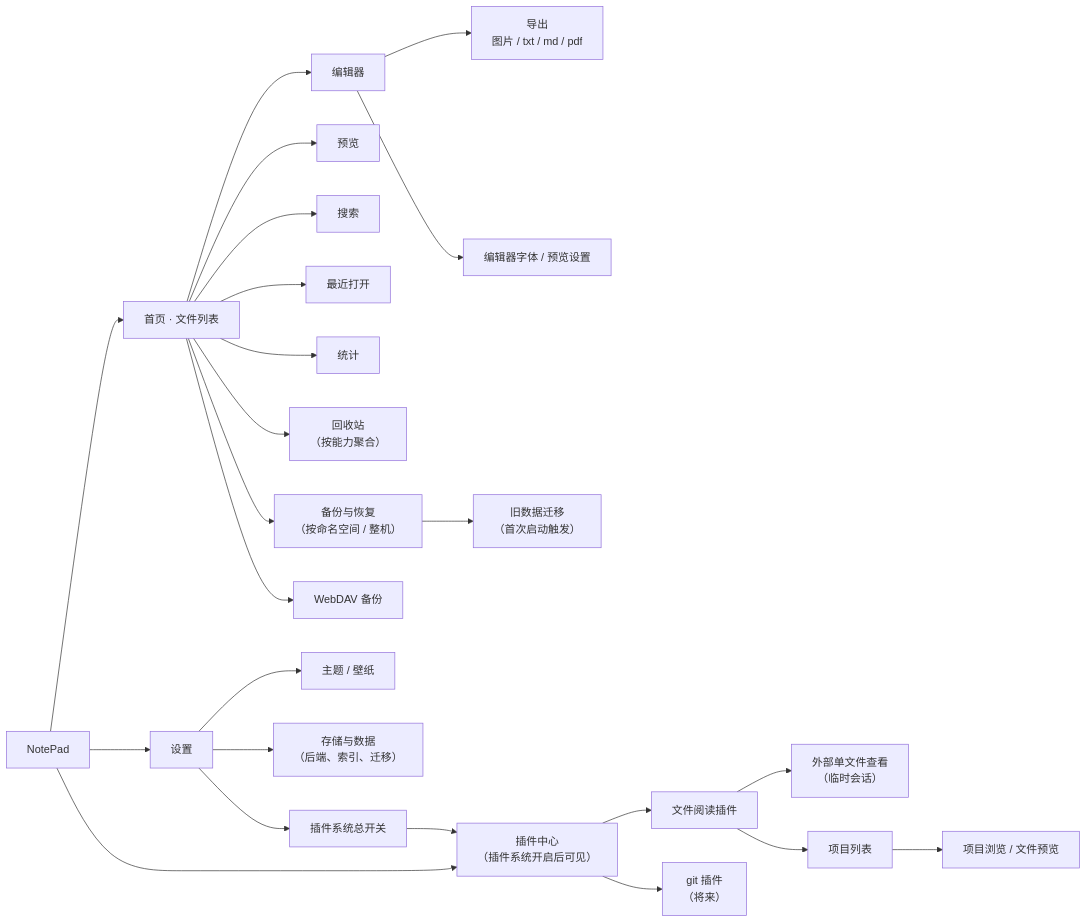
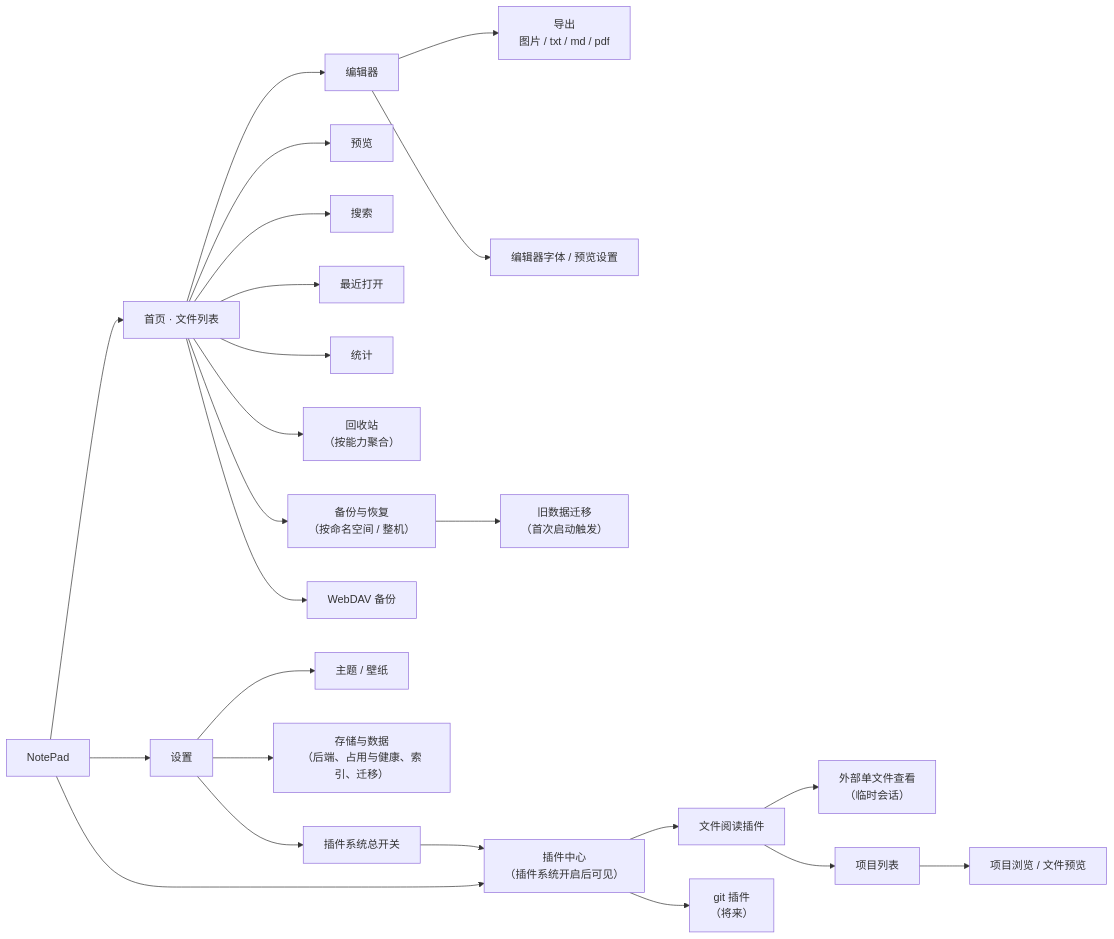
The first of 8 diagrams in docs/product.md (JcEvoX/S13F4J), drawn with Mermaid before and after one commit. The commit also changed other lines of this file and 4 other files, not shown here.

````diff
--- a/docs/product.md
+++ b/docs/product.md
@@ -186,30 +186,30 @@
 ```mermaid
 flowchart LR
     App["NotePad"]
     App --> Home["首页 · 文件列表"]
     App --> Settings["设置"]
     App --> Plugins["插件中心<br/>（插件系统开启后可见）"]
 
     Home --> Editor["编辑器"]
     Home --> Preview["预览"]
     Home --> Search["搜索"]
     Home --> Recent["最近打开"]
     Home --> Stats["统计"]
     Home --> Trash["回收站<br/>（按能力聚合）"]
     Home --> Backup["备份与恢复<br/>（按命名空间 / 整机）"]
     Home --> WebDAV["WebDAV 备份"]
     Editor --> Export["导出<br/>图片 / txt / md / pdf"]
     Editor --> EditorSettings["编辑器字体 / 预览设置"]
 
     Settings --> Theme["主题 / 壁纸"]
-    Settings --> Storage["存储与数据<br/>（后端、索引、迁移）"]
+    Settings --> Storage["存储与数据<br/>（后端、占用与健康、索引、迁移）"]
     Settings --> PluginSwitch["插件系统总开关"]
     PluginSwitch --> Plugins
     Plugins --> FileBrowser["文件阅读插件"]
     FileBrowser --> OpenFile["外部单文件查看<br/>（临时会话）"]
     FileBrowser --> ProjectList["项目列表"]
     ProjectList --> ProjectBrowse["项目浏览 / 文件预览"]
     Plugins --> Git["git 插件<br/>（将来）"]
 
     Backup --> Migration["旧数据迁移<br/>（首次启动触发）"]
 ```
````
